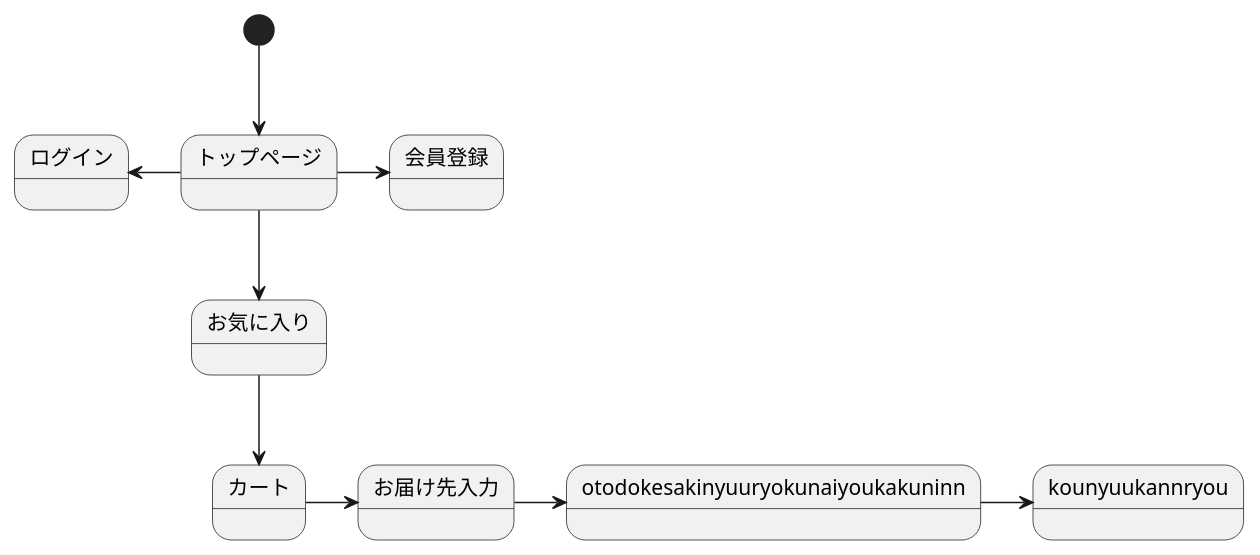
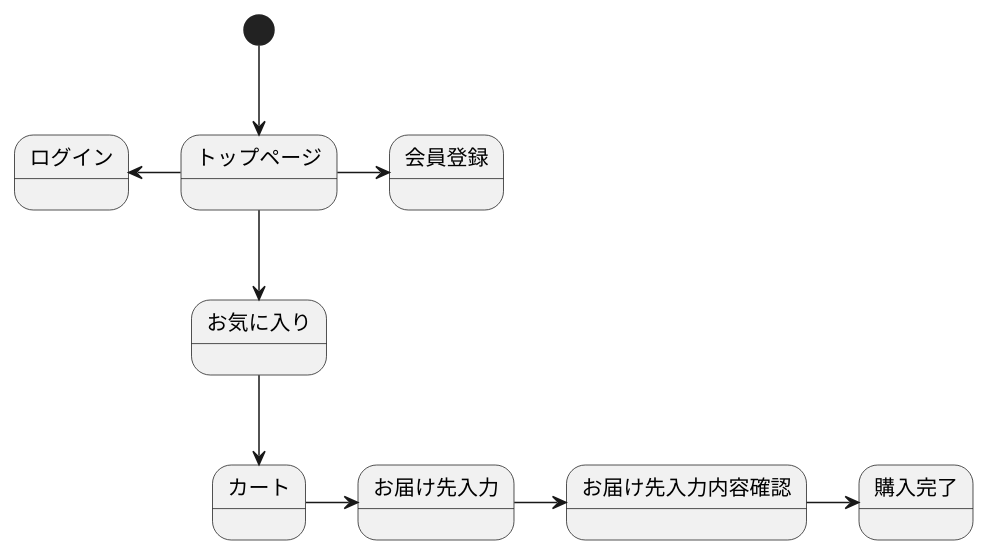
Before and after one commit to Aso2001158/2021sys-design: the diagram in statemachine.md, drawn with PlantUML.

````diff
--- a/statemachine.md
+++ b/statemachine.md
@@ -1,12 +1,12 @@
 ```UML
 @startuml
 [*] --> トップページ
 トップページ -> 会員登録
 トップページ -left-> ログイン
 トップページ --> お気に入り
 お気に入り --> カート
 カート -> お届け先入力
-お届け先入力 -> otodokesakinyuuryokunaiyoukakuninn
-otodokesakinyuuryokunaiyoukakuninn -> kounyuukannryou
+お届け先入力 -> お届け先入力内容確認
+お届け先入力内容確認 -> 購入完了
 @enduml
 ```
````
